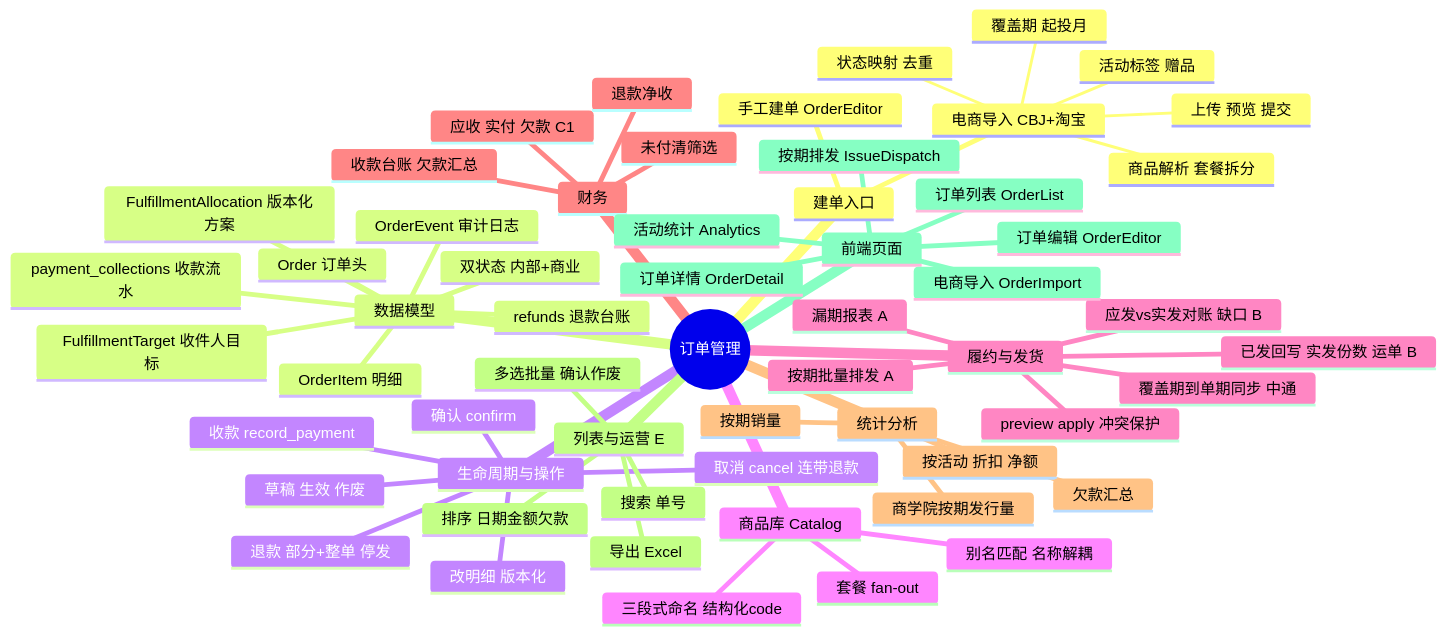
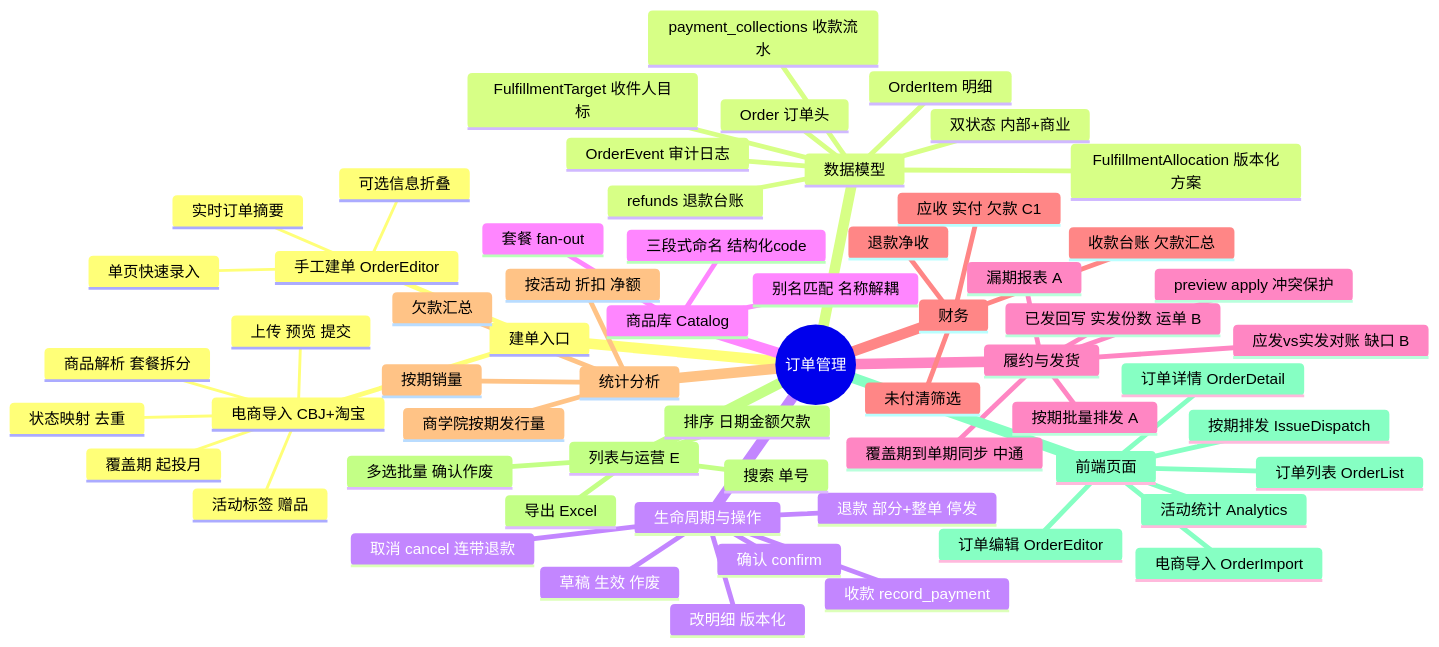
One commit to DawnAce/FirstTry changed the diagram in docs/order-management-overview.md. Above: the diagram before and after it, drawn with Mermaid. The commit also changed other lines of this file and 5 other files, not shown here.

````diff
--- a/docs/order-management-overview.md
+++ b/docs/order-management-overview.md
@@ -8,61 +8,64 @@
 ```mermaid
 mindmap
   root((订单管理))
     建单入口
       手工建单 OrderEditor
+        单页快速录入
+        实时订单摘要
+        可选信息折叠
       电商导入 CBJ+淘宝
         上传 预览 提交
         商品解析 套餐拆分
         状态映射 去重
         覆盖期 起投月
         活动标签 赠品
     数据模型
       Order 订单头
       OrderItem 明细
       FulfillmentAllocation 版本化方案
       FulfillmentTarget 收件人目标
       OrderEvent 审计日志
       refunds 退款台账
       payment_collections 收款流水
       双状态 内部+商业
     生命周期与操作
       草稿 生效 作废
       确认 confirm
       改明细 版本化
       退款 部分+整单 停发
       取消 cancel 连带退款
       收款 record_payment
     商品库 Catalog
       三段式命名 结构化code
       别名匹配 名称解耦
       套餐 fan-out
     履约与发货
       覆盖期到单期同步 中通
       preview apply 冲突保护
       按期批量排发 A
       漏期报表 A
       已发回写 实发份数 运单 B
       应发vs实发对账 缺口 B
     财务
       应收 实付 欠款 C1
       退款净收
       收款台账 欠款汇总
       未付清筛选
     统计分析
       按活动 折扣 净额
       按期销量
       商学院按期发行量
       欠款汇总
     列表与运营 E
       搜索 单号
       排序 日期金额欠款
       多选批量 确认作废
       导出 Excel
     前端页面
       订单列表 OrderList
       订单详情 OrderDetail
       订单编辑 OrderEditor
       电商导入 OrderImport
       按期排发 IssueDispatch
       活动统计 Analytics
 ```
````
